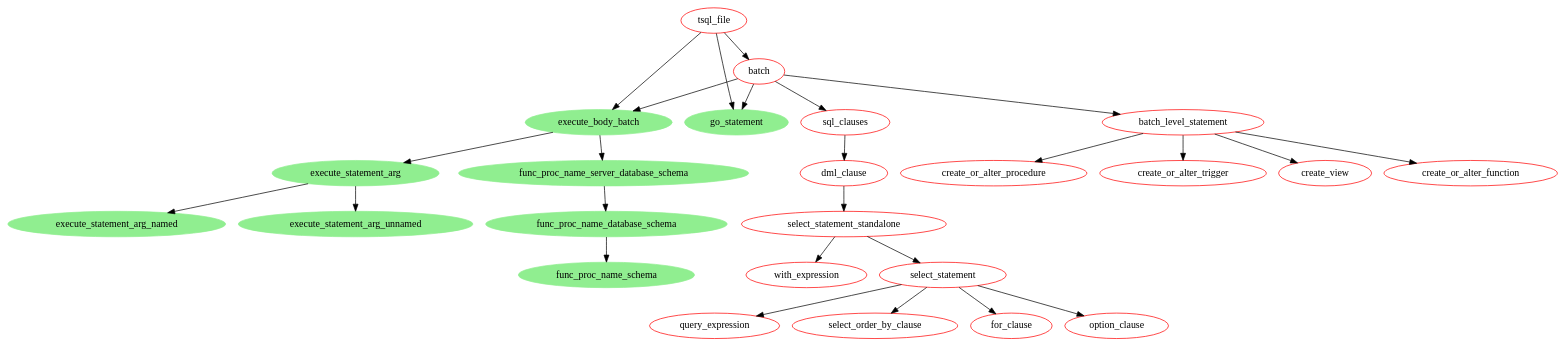
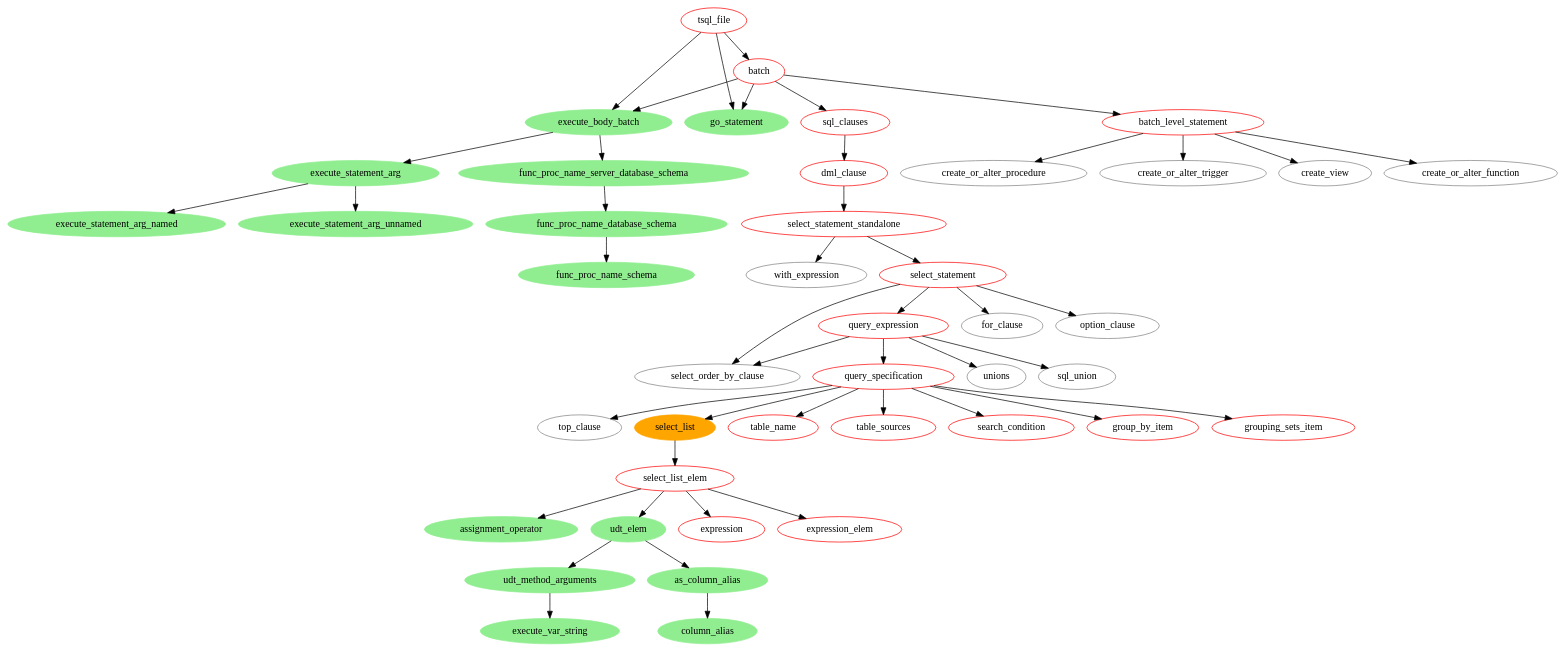
Before and after one commit to Crary-Systems/tree-sitter-tsql: the diagram in docs/roadmap/build/roadmap.dot, drawn with Graphviz. The commit also changed 37 other files, not shown here.

Commit message:
Add more work on roadmap and testing for missing roadmap graphs

```diff
--- a/docs/roadmap/build/roadmap.dot
+++ b/docs/roadmap/build/roadmap.dot
@@ -113,6 +113,7 @@
 
   subgraph {
   with_expression
+    [color=gray]
 }
 
   subgraph {
@@ -130,20 +131,167 @@
   subgraph {
   query_expression
     [URL="https://github.com/Crary-Systems/tree-sitter-tsql/blob/main/grammar.js#L208-L211"]
+
+  query_expression -> query_specification
+
+  query_expression -> select_order_by_clause
+  query_expression -> unions
+  query_expression -> sql_union
 }
 
   subgraph {
   for_clause
+    [color=gray]
 }
 
   subgraph {
   option_clause
+    [color=gray]
 }
 
   subgraph {
   select_order_by_clause
+    [color=gray]
 }
 
+  subgraph {
+  unions
+    [color=gray]
+}
+
+  subgraph {
+  sql_union
+    [color=gray]
+}
+
+
+  subgraph {
+  assignment_operator
+    [style=filled
+    ,color=lightgreen
+    ,URL="https://github.com/Crary-Systems/tree-sitter-tsql/blob/main/test/corpus/assignment_operator.txt"]
+}
+
+  subgraph {
+  query_specification
+    [URL="https://github.com/Crary-Systems/tree-sitter-tsql/blob/c1d4d4d9d830cdf8ec41142c705d269b1ea84c8e/grammar.js#L213-L218"]
+
+  query_specification -> top_clause
+  query_specification -> select_list
+  query_specification -> table_name
+  query_specification -> table_sources
+  query_specification -> search_condition
+  query_specification -> group_by_item
+  query_specification -> grouping_sets_item
+}
+
+  subgraph {
+  select_list
+    [style=filled
+    ,color=orange
+    ,URL="https://github.com/Crary-Systems/tree-sitter-tsql/blob/main/test/corpus/select.txt"]
+
+  select_list -> select_list_elem
+}
+
+  subgraph {
+  select_list_elem
+    [URL="https://github.com/Crary-Systems/tree-sitter-tsql/blob/c1d4d4d9d830cdf8ec41142c705d269b1ea84c8e/grammar.js#L225-L232"]
+
+  select_list_elem -> udt_elem
+  select_list_elem -> assignment_operator
+
+  select_list_elem -> expression
+  select_list_elem -> expression_elem
+}
+
+  subgraph {
+  top_clause
+    [color=gray]
+}
+
+
+  subgraph {
+  create_or_alter_function
+}
+
+  subgraph {
+  create_or_alter_procedure
+}
+
+  subgraph {
+  create_or_alter_trigger
+}
+
+  subgraph {
+  create_view
+}
+
+  subgraph {
+  expression_elem
+}
+
+  subgraph {
+  group_by_item
+}
+
+  subgraph {
+  grouping_sets_item
+}
+
+  subgraph {
+  search_condition
+}
+
+  subgraph {
+  table_name
+}
+
+  subgraph {
+  table_sources
+}
+
+  subgraph {
+  udt_elem
+    [style=filled
+    ,color=lightgreen
+    ,URL="https://github.com/Crary-Systems/tree-sitter-tsql/blob/main/test/corpus/udt_elem.txt"]
+
+  udt_elem -> udt_method_arguments
+  udt_elem -> as_column_alias
+}
+
+  subgraph {
+  as_column_alias
+    [style=filled
+    ,color=lightgreen
+    ,URL="https://github.com/Crary-Systems/tree-sitter-tsql/blob/main/test/corpus/as_column_alias.txt"]
+
+  as_column_alias -> column_alias
+}
+
+  subgraph {
+  column_alias
+    [style=filled
+    ,color=lightgreen
+    ,URL="https://github.com/Crary-Systems/tree-sitter-tsql/blob/main/test/corpus/column_alias.txt"]
+}
+
+  subgraph {
+  execute_var_string
+    [style=filled
+    ,color=lightgreen
+    ,URL="https://github.com/Crary-Systems/tree-sitter-tsql/blob/main/test/corpus/execute_var_string.txt"]
+}
+
+  subgraph {
+  udt_method_arguments
+    [style=filled
+    ,color=lightgreen
+    ,URL="https://github.com/Crary-Systems/tree-sitter-tsql/blob/main/test/corpus/udt_method_arguments.txt"]
+
+  udt_method_arguments -> execute_var_string
+}
 
 
   subgraph {
@@ -155,6 +303,15 @@
   batch_level_statement -> create_or_alter_procedure
   batch_level_statement -> create_or_alter_trigger
   batch_level_statement -> create_view
+
+  create_or_alter_function
+    [color=gray]
+  create_or_alter_procedure
+    [color=gray]
+  create_or_alter_trigger
+    [color=gray]
+  create_view
+    [color=gray]
 }
 
 }
```
